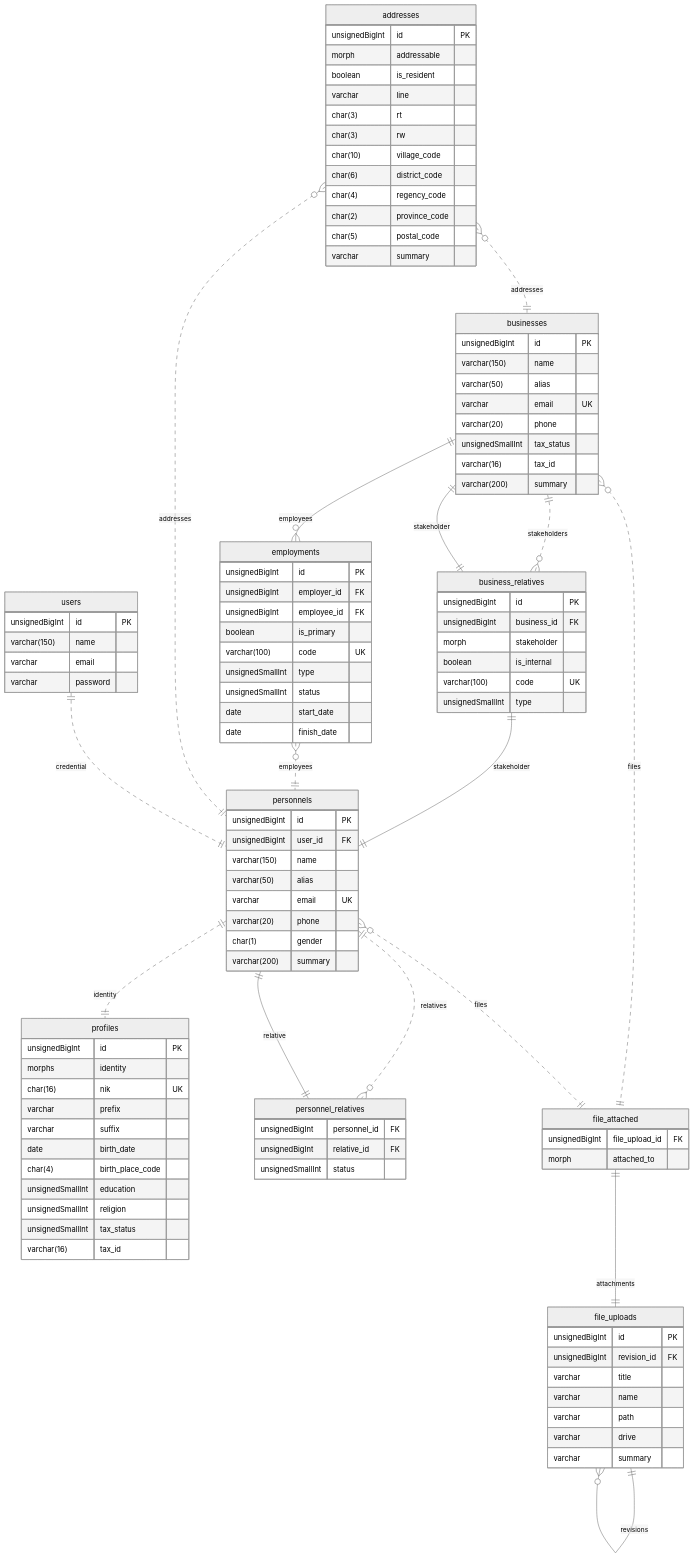
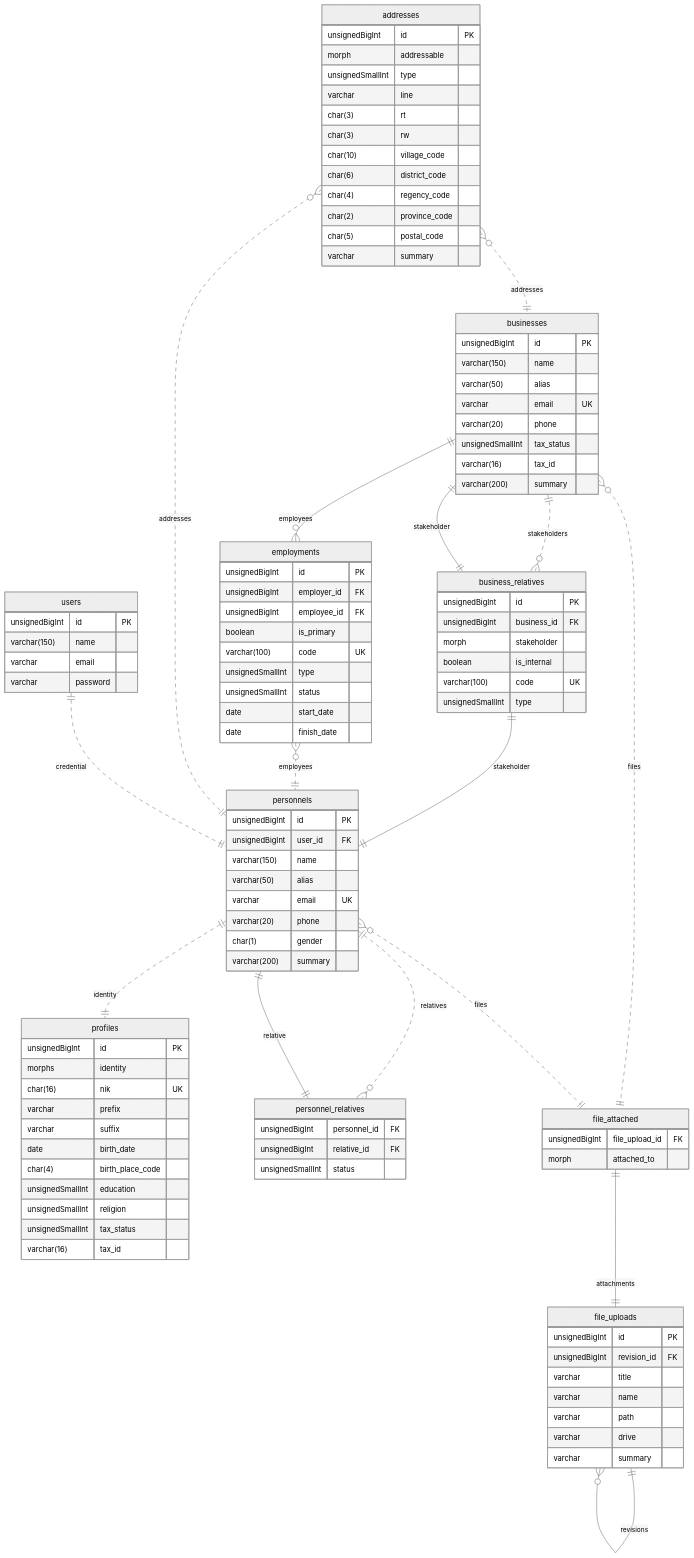
Before and after one commit to creasico/laravel-base: the first of 7 diagrams in database/README.md, drawn with Mermaid (neutral theme). The commit also changed other lines of this file and 7 other files, not shown here.

```diff
--- a/database/README.md
+++ b/database/README.md
@@ -78,7 +78,7 @@
     addresses {
         unsignedBigInt id PK
         morph addressable
-        boolean is_resident
+        unsignedSmallInt type
         varchar line
         char(3) rt
         char(3) rw
```
